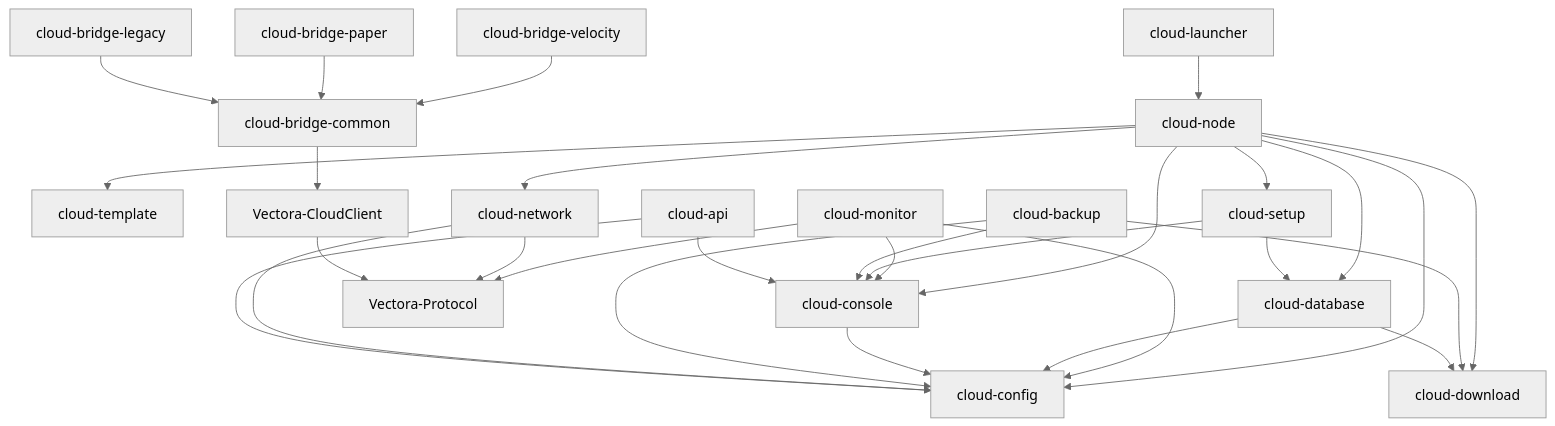
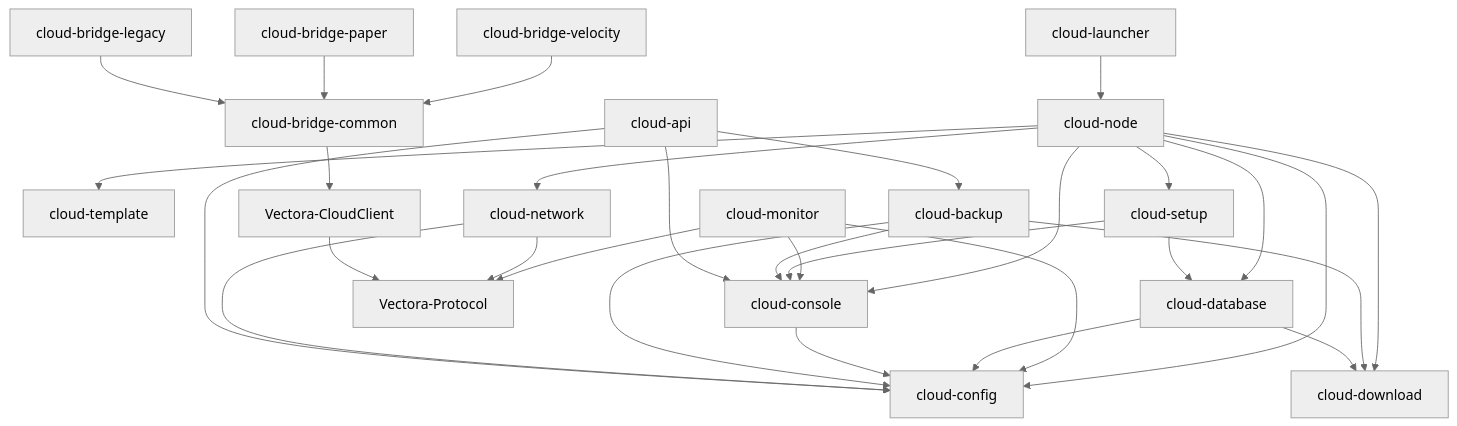
One commit to VectoDE/VectolynCloud changed the diagram in docs/cloud/architecture.md. Above: the diagram before and after it, drawn with Mermaid (neutral theme). The commit also changed 10 other files, not shown here.

First line of the commit message:
feat(cloud-api): use the group wanted switch and the backup service

````diff
--- a/docs/cloud/architecture.md
+++ b/docs/cloud/architecture.md
@@ -38,31 +38,32 @@
 ```mermaid
 graph TD
     launcher[cloud-launcher] --> node[cloud-node]
     node --> config[cloud-config]
     node --> template[cloud-template]
     node --> download[cloud-download]
     node --> network[cloud-network]
     node --> database[cloud-database]
     node --> console[cloud-console]
     node --> setup[cloud-setup]
     monitor[cloud-monitor] --> config
     monitor --> console
     monitor --> protocol
     database --> config
     console[cloud-console] --> config
     setup[cloud-setup] --> console
     setup --> database
     backup[cloud-backup] --> config
     backup --> console
     backup --> download
     database --> download
     network --> config
     api[cloud-api] --> config
     api --> console
+    api --> backup
     network --> protocol[Vectora-Protocol]
     client[Vectora-CloudClient] --> protocol
     bcom[cloud-bridge-common] --> client
     bvel[cloud-bridge-velocity] --> bcom
     bpap[cloud-bridge-paper] --> bcom
     bleg[cloud-bridge-legacy] --> bcom
 ```
````
